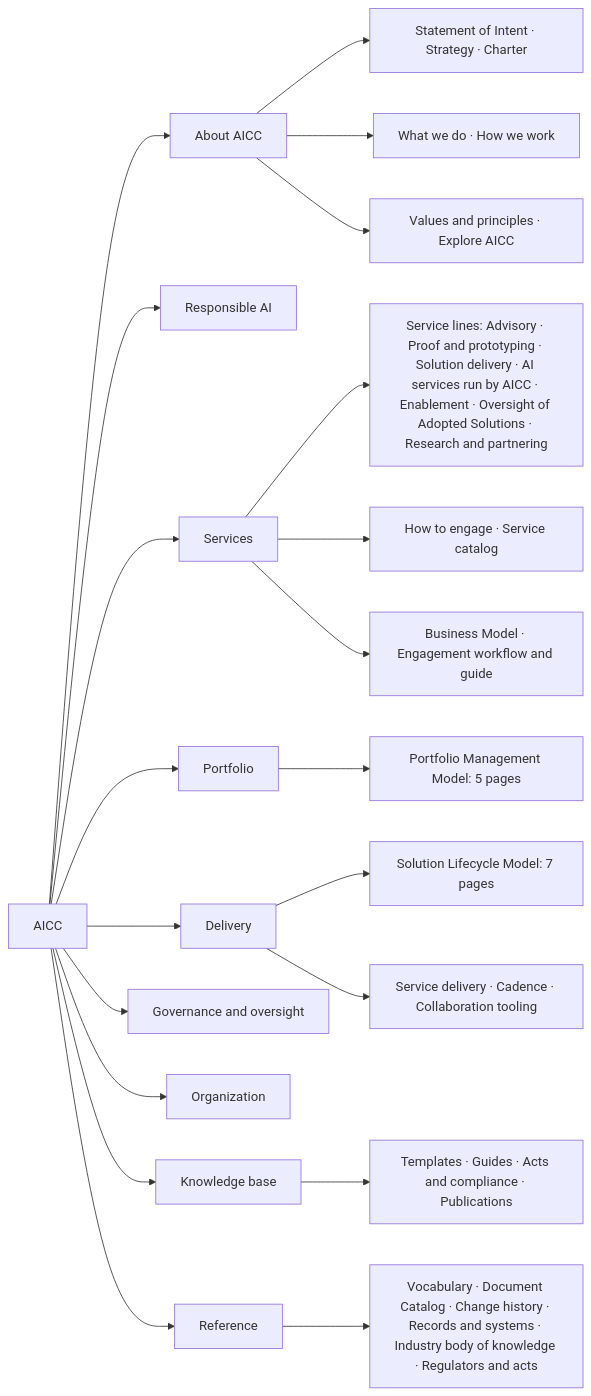
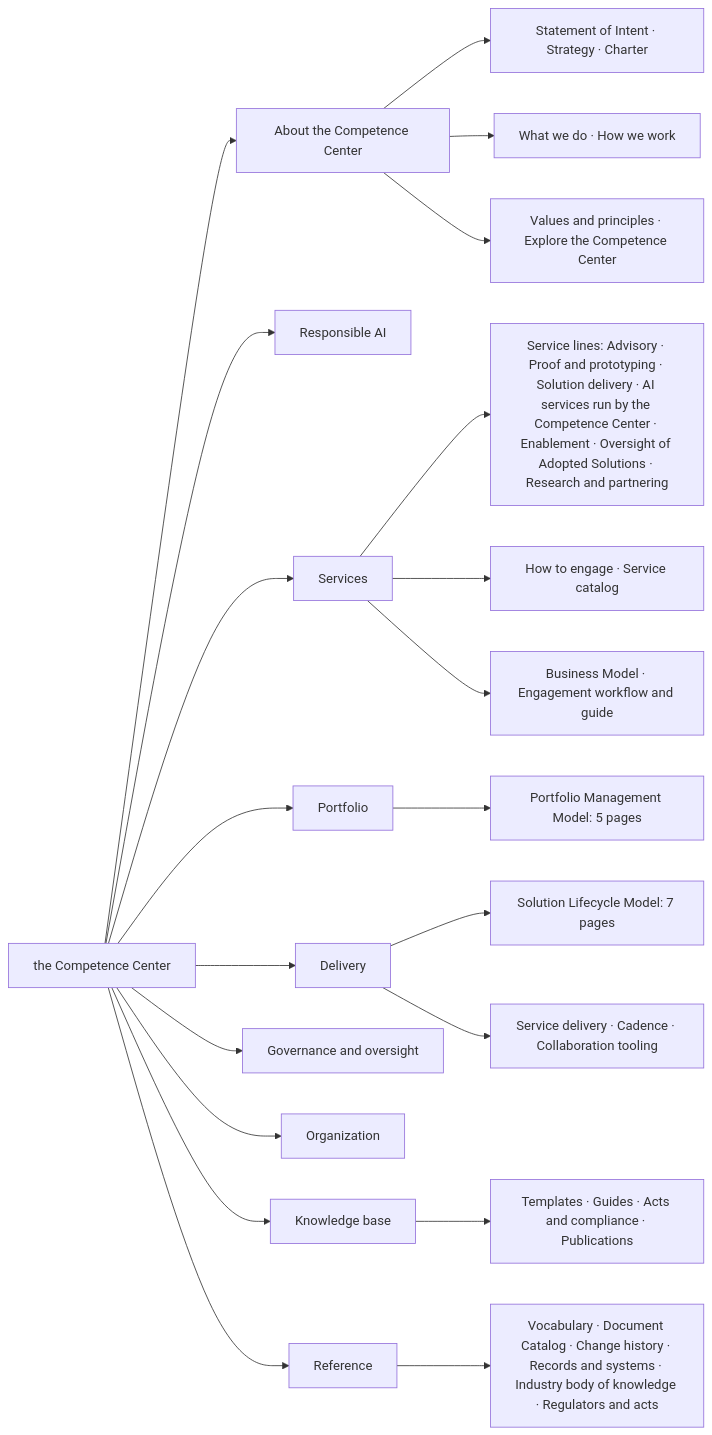
Before and after one commit to devhogu/ob-aicc: the second of 2 diagrams in portal/sections/center/site-structure.md, drawn with Mermaid. The commit also changed other lines of this file and 1149 other files, not shown here.

First line of the commit message:
The name Competence Center: AICC stays only as a code (DR-2026-066)

````diff
--- a/portal/sections/center/site-structure.md
+++ b/portal/sections/center/site-structure.md
@@ -221,23 +221,23 @@
 ```mermaid
 flowchart LR
-  H["AICC"] --> A["About AICC"]
+  H["the Competence Center"] --> A["About the Competence Center"]
   H --> R["Responsible AI"]
   H --> S["Services"]
   H --> P["Portfolio"]
   H --> D["Delivery"]
   H --> G["Governance and oversight"]
   H --> O["Organization"]
   H --> K["Knowledge base"]
   H --> X["Reference"]
   A --> A1["Statement of Intent · Strategy · Charter"]
   A --> A2["What we do · How we work"]
-  A --> A3["Values and principles · Explore AICC"]
-  S --> S1["Service lines: Advisory · Proof and prototyping · Solution delivery · AI services run by AICC · Enablement · Oversight of Adopted Solutions · Research and partnering"]
+  A --> A3["Values and principles · Explore the Competence Center"]
+  S --> S1["Service lines: Advisory · Proof and prototyping · Solution delivery · AI services run by the Competence Center · Enablement · Oversight of Adopted Solutions · Research and partnering"]
   S --> S2["How to engage · Service catalog"]
   S --> S3["Business Model · Engagement workflow and guide"]
   P --> P1["Portfolio Management Model: 5 pages"]
   D --> D1["Solution Lifecycle Model: 7 pages"]
   D --> D2["Service delivery · Cadence · Collaboration tooling"]
   K --> K1["Templates · Guides · Acts and compliance · Publications"]
   X --> X1["Vocabulary · Document Catalog · Change history · Records and systems · Industry body of knowledge · Regulators and acts"]
 ```
````
